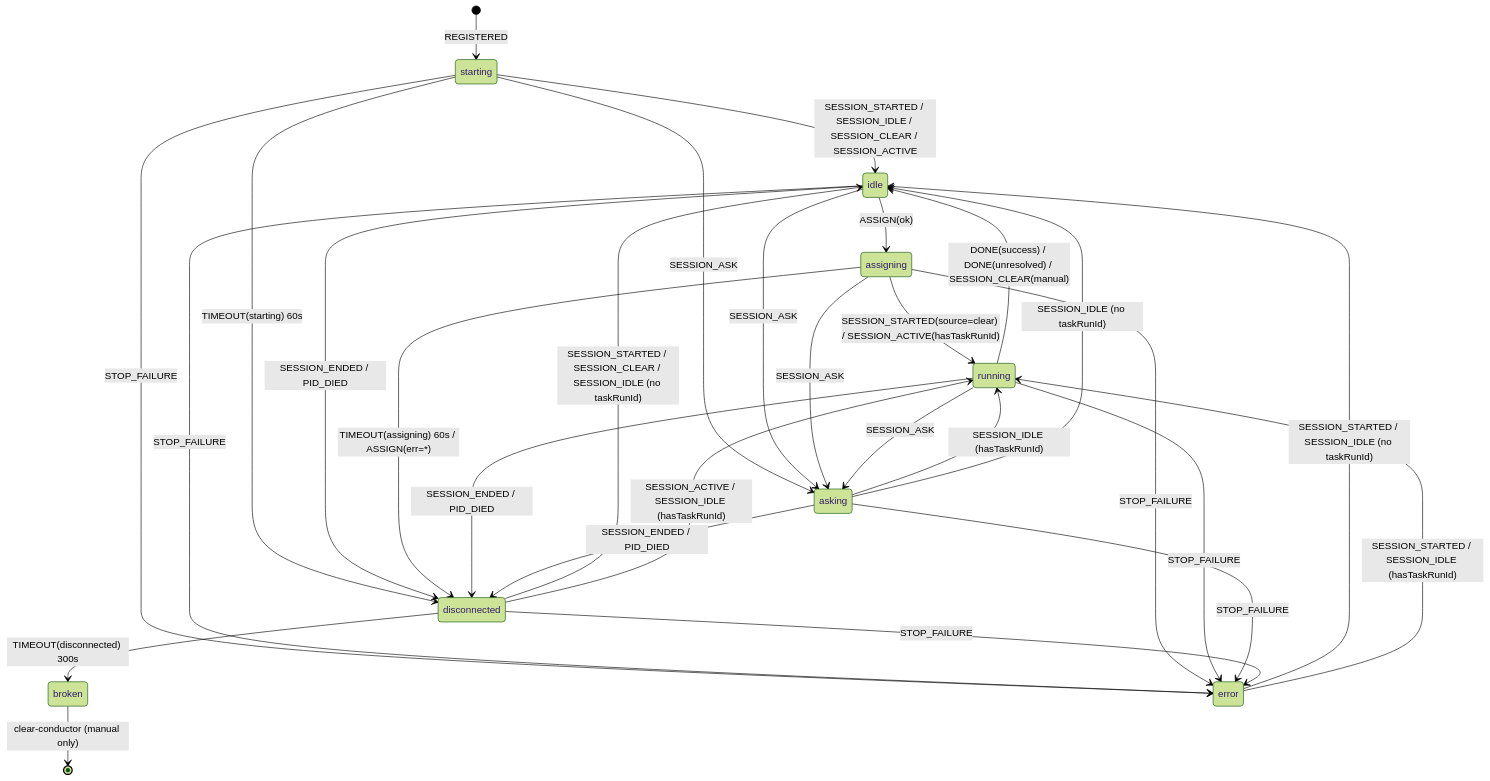
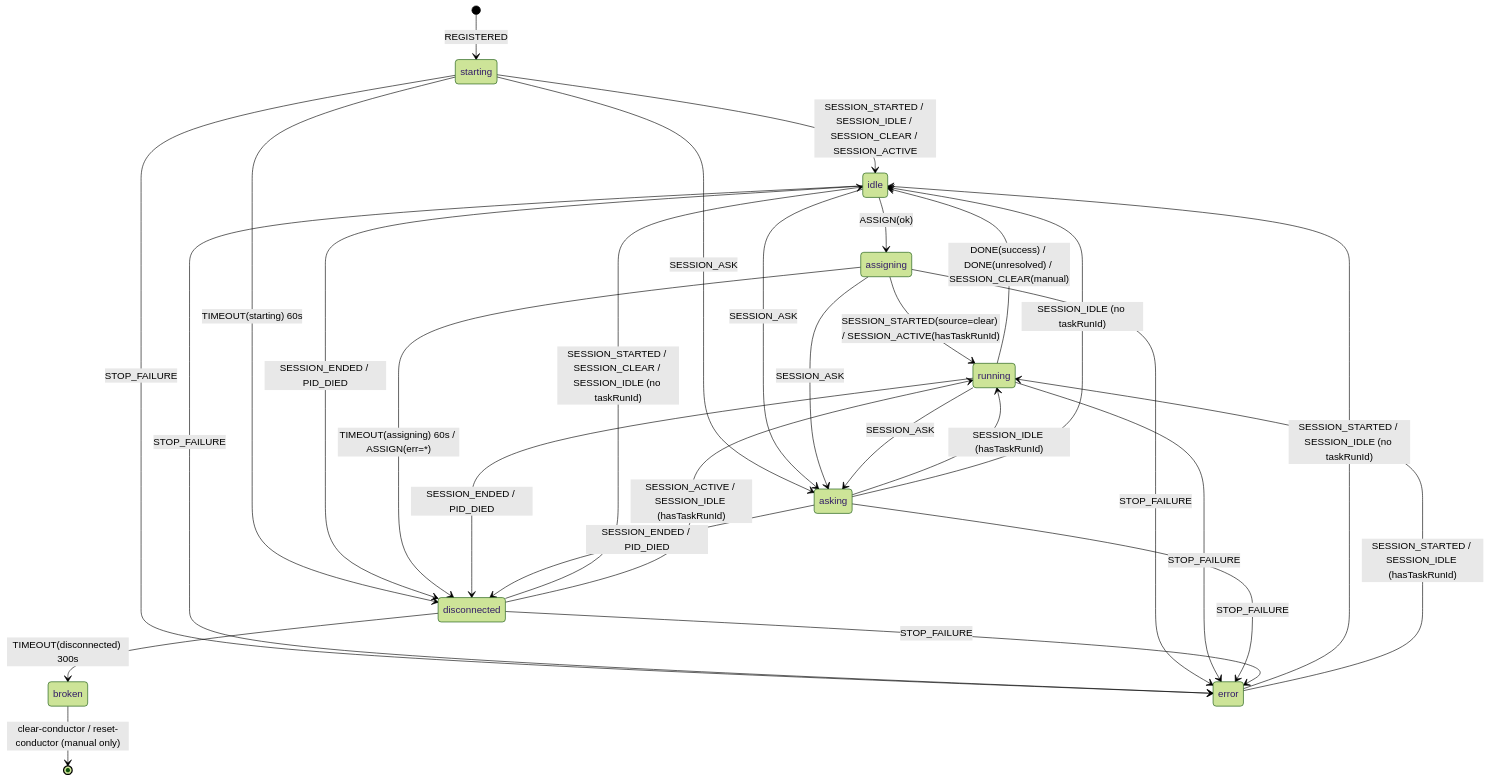
The first of 2 diagrams in docs/spec/07-state-machine.md (hummer98/elevens), drawn with Mermaid (forest theme) before and after one commit. The commit also changed other lines of this file and 8 other files, not shown here.

````diff
--- a/docs/spec/07-state-machine.md
+++ b/docs/spec/07-state-machine.md
@@ -83,31 +83,31 @@
 ```mermaid
 stateDiagram-v2
     [*] --> starting : REGISTERED
     starting --> idle : SESSION_STARTED / SESSION_IDLE / SESSION_CLEAR / SESSION_ACTIVE
     starting --> disconnected : TIMEOUT(starting) 60s
     starting --> asking : SESSION_ASK
     idle --> assigning : ASSIGN(ok)
     idle --> asking : SESSION_ASK
     idle --> disconnected : SESSION_ENDED / PID_DIED
     assigning --> running : SESSION_STARTED(source=clear) / SESSION_ACTIVE(hasTaskRunId)
     assigning --> disconnected : TIMEOUT(assigning) 60s / ASSIGN(err=*)
     assigning --> asking : SESSION_ASK
     running --> asking : SESSION_ASK
     running --> idle : DONE(success) / DONE(unresolved) / SESSION_CLEAR(manual)
     running --> disconnected : SESSION_ENDED / PID_DIED
     asking --> running : SESSION_IDLE (hasTaskRunId)
     asking --> idle : SESSION_IDLE (no taskRunId)
     asking --> disconnected : SESSION_ENDED / PID_DIED
     disconnected --> idle : SESSION_STARTED / SESSION_CLEAR / SESSION_IDLE (no taskRunId)
     disconnected --> running : SESSION_ACTIVE / SESSION_IDLE (hasTaskRunId)
     disconnected --> broken : TIMEOUT(disconnected) 300s
-    broken --> [*] : clear-conductor (manual only)
+    broken --> [*] : clear-conductor / reset-conductor (manual only)
     starting --> error : STOP_FAILURE
     idle --> error : STOP_FAILURE
     assigning --> error : STOP_FAILURE
     running --> error : STOP_FAILURE
     asking --> error : STOP_FAILURE
     disconnected --> error : STOP_FAILURE
     error --> idle : SESSION_STARTED / SESSION_IDLE (no taskRunId)
     error --> running : SESSION_STARTED / SESSION_IDLE (hasTaskRunId)
 ```
````
